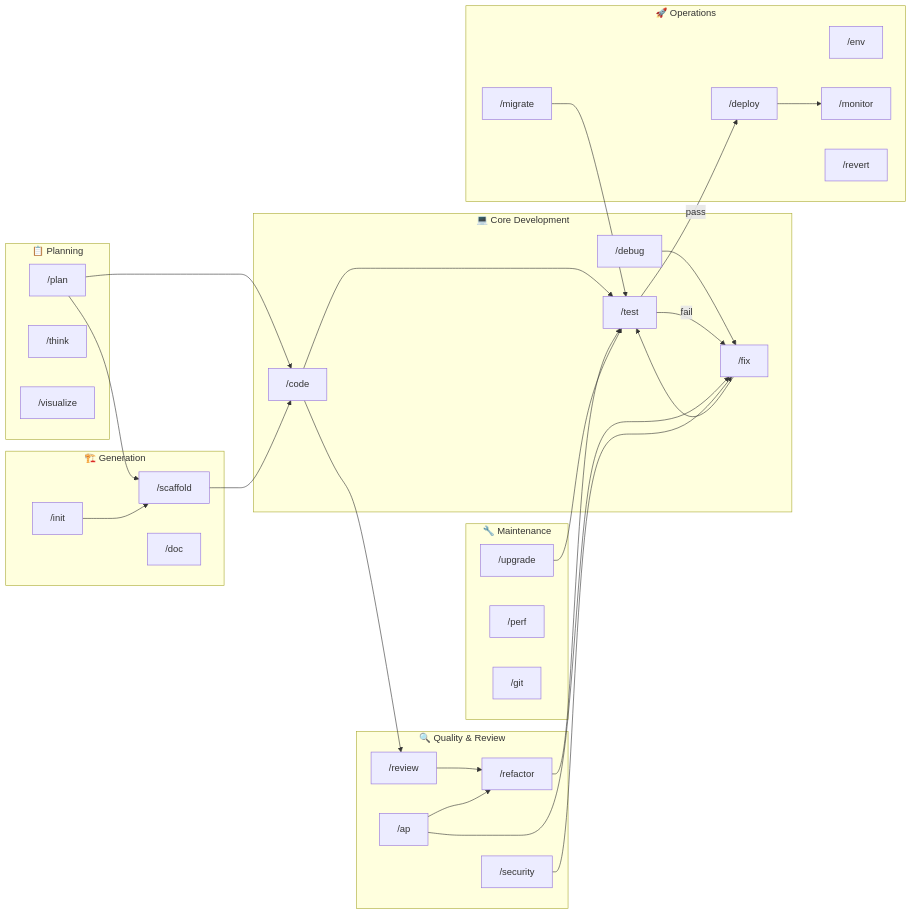
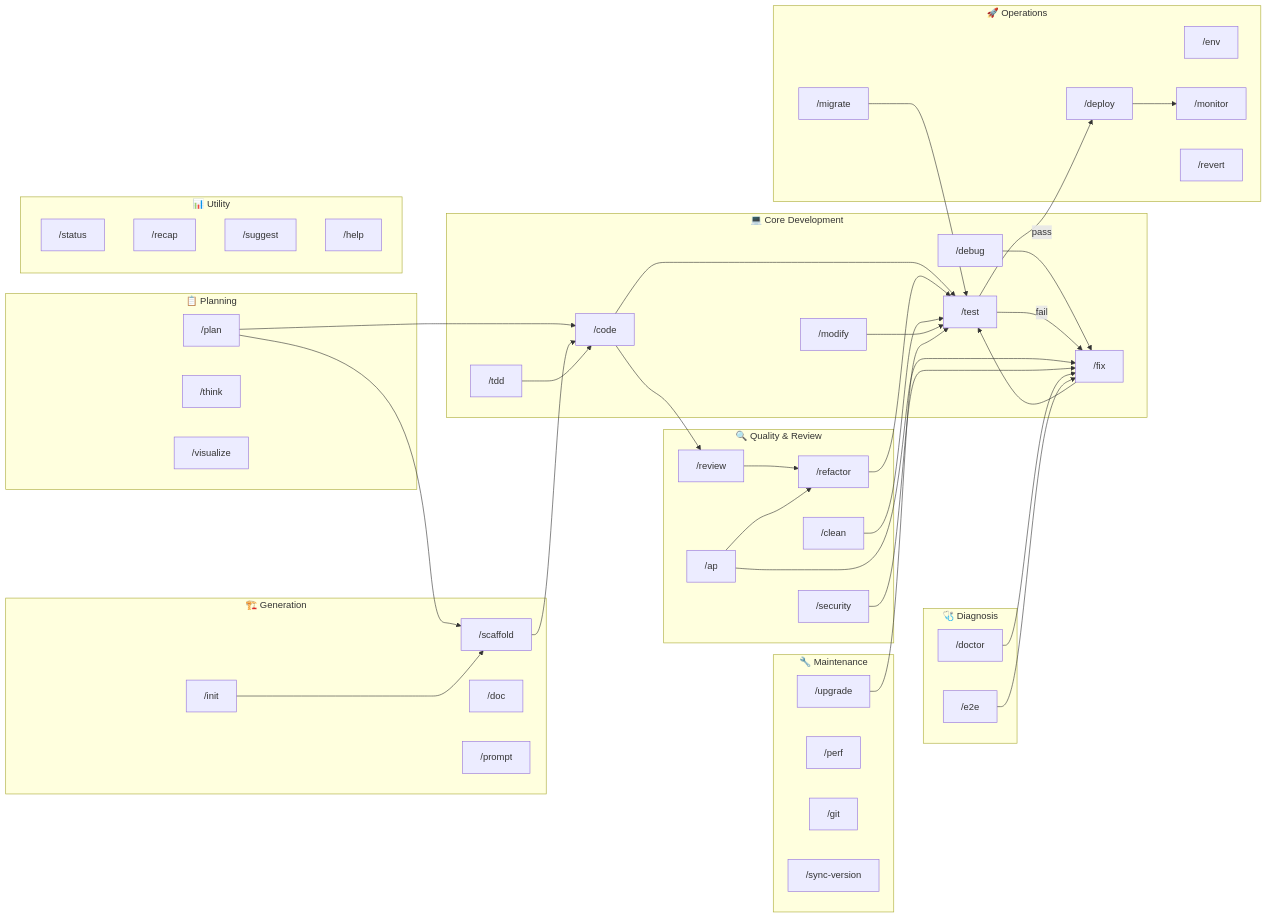
Before and after one commit to nockasdd/domyh-awf-code: the first of 2 diagrams in .agent/workflows/workflow.md, drawn with Mermaid. The commit also changed other lines of this file and 659 other files, not shown here.

````diff
--- a/.agent/workflows/workflow.md
+++ b/.agent/workflows/workflow.md
@@ -54,6 +56,7 @@
         init["/init"]
         scaffold["/scaffold"]
         doc["/doc"]
+        prompt["/prompt"]
     end
 
     subgraph core["💻 Core Development"]
@@ -61,6 +64,8 @@
         debug["/debug"]
         fix["/fix"]
         test["/test"]
+        modify["/modify"]
+        tdd["/tdd"]
     end
 
     subgraph quality["🔍 Quality & Review"]
@@ -68,6 +73,7 @@
         review["/review"]
         refactor["/refactor"]
         security["/security"]
+        clean["/clean"]
     end
 
     subgraph operations["🚀 Operations"]
@@ -82,6 +88,19 @@
         upgrade["/upgrade"]
         perf["/perf"]
         git["/git"]
+        syncver["/sync-version"]
+    end
+
+    subgraph utility["📊 Utility"]
+        status["/status"]
+        recap["/recap"]
+        suggest["/suggest"]
+        help["/help"]
+    end
+
+    subgraph diagnosis["🩺 Diagnosis"]
+        doctor["/doctor"]
+        e2e["/e2e"]
     end
 
     %% Cross-group connections
@@ -91,16 +110,21 @@
     scaffold --> code
     code --> test
     code --> review
+    tdd --> code
     debug --> fix
     fix --> test
     test -->|pass| deploy
     test -->|fail| fix
     review --> refactor
     refactor --> test
+    clean --> test
+    modify --> test
     ap --> refactor
     ap --> fix
     security --> fix
     deploy --> monitor
     migrate --> test
     upgrade --> test
+    doctor --> fix
+    e2e --> fix
 ```
````
